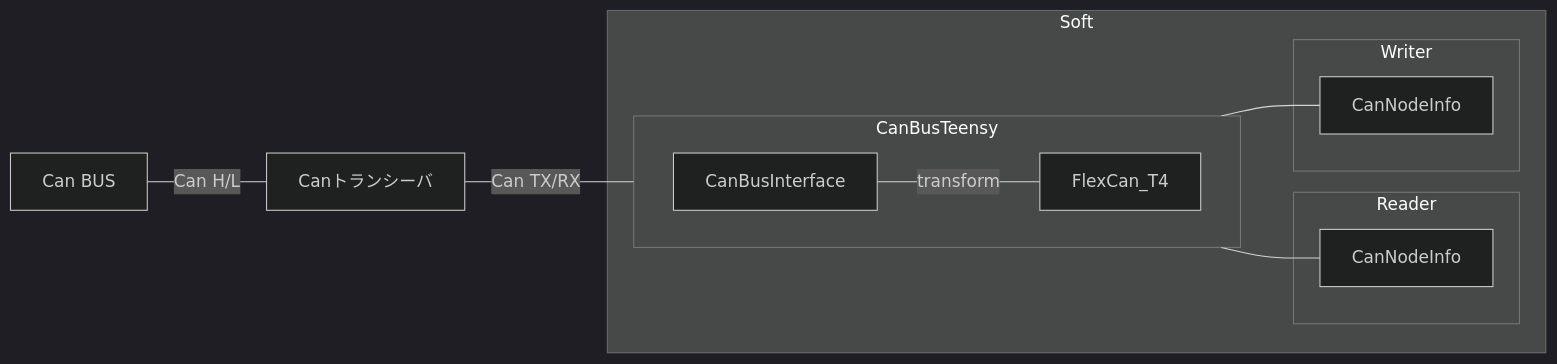
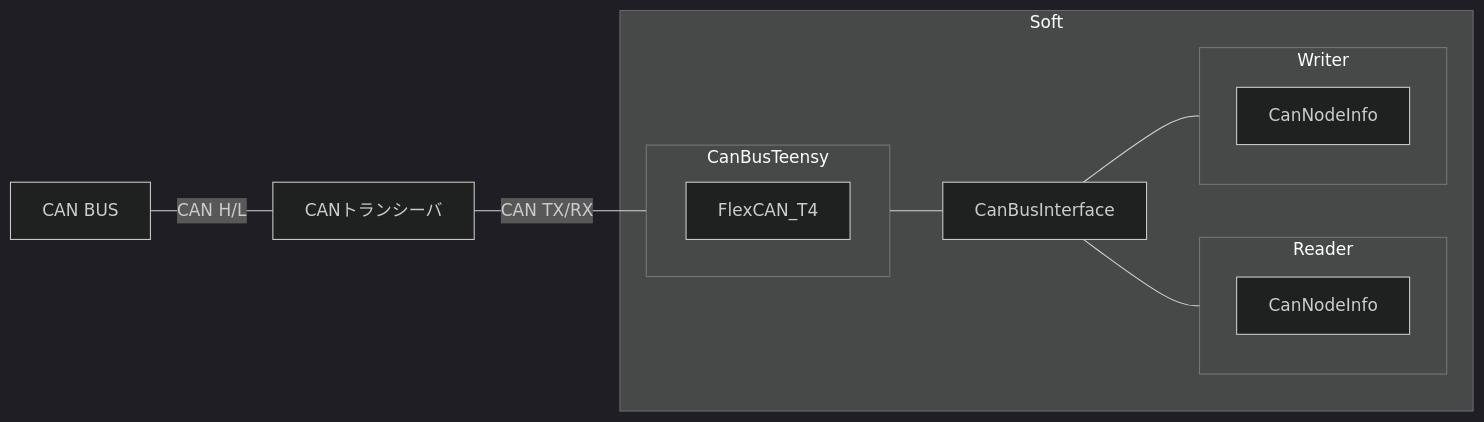
One commit to udonrobo/UdonLibrary changed the first of 2 diagrams in dev/com/can/CANBus/README.md. Above: the diagram before and after it, drawn with Mermaid (dark theme). The commit also changed other lines of this file and 6 other files, not shown here.

````diff
--- a/dev/com/can/CANBus/README.md
+++ b/dev/com/can/CANBus/README.md
@@ -122,28 +118,28 @@
 ```mermaid
 flowchart LR
 
-	bus[Can BUS] --- |Can H/L|Canトランシーバ --- |Can TX/RX|lib
+	bus[CAN BUS] --- |CAN H/L|CANトランシーバ --- |CAN TX/RX|CanBusTeensy
 
     subgraph Soft
 
         subgraph CanBusTeensy
             direction RL
-            lib[FlexCan_T4]
-            CanBusInterface
+            lib[FlexCAN_T4]
         end
-        lib --- |transform|CanBusInterface
 
-        CanBusInterface --- reader
+        CanBusTeensy --- CanBusInterface
 
-        CanBusInterface --- writer
+        CanBusInterface --- Reader
+
+        CanBusInterface --- Writer
 
         subgraph Reader
             reader[CanNodeInfo]
         end
         subgraph Writer
             writer[CanNodeInfo]
         end
 
     end
 
 ```
````
